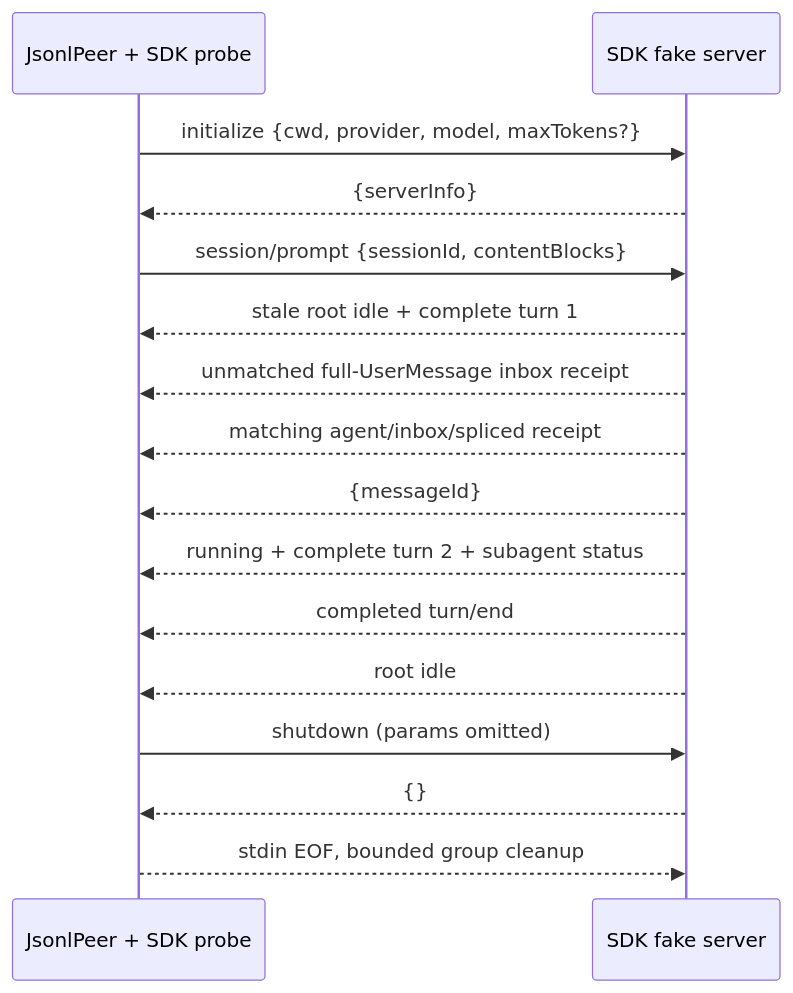
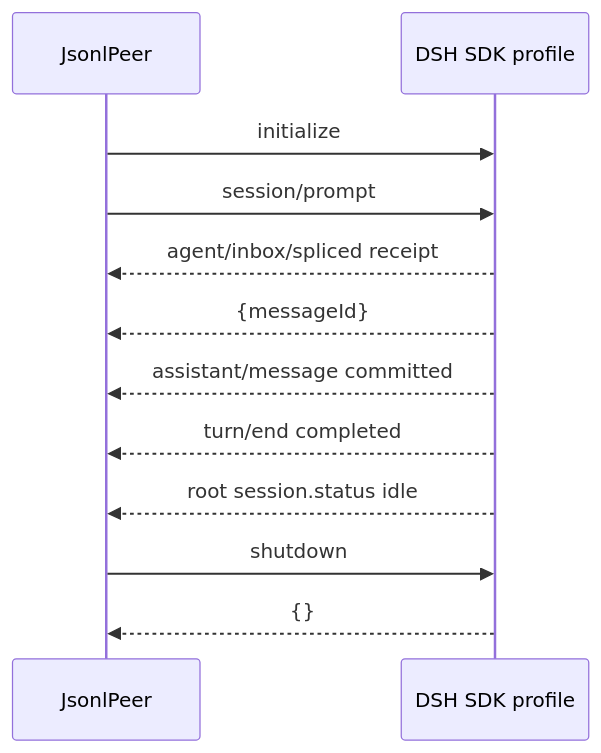
The diagram in labs/protocol-semantics/README.md (eriklee1895/hands-on-dsh), drawn with Mermaid before and after one commit. The commit also changed other lines of this file and 48 other files, not shown here.

````diff
--- a/labs/protocol-semantics/README.md
+++ b/labs/protocol-semantics/README.md
@@ -81,18 +42,14 @@
 ```mermaid
 sequenceDiagram
-    participant C as JsonlPeer + SDK probe
-    participant S as SDK fake server
-    C->>S: initialize {cwd, provider, model, maxTokens?}
-    S-->>C: {serverInfo}
-    C->>S: session/prompt {sessionId, contentBlocks}
-    S-->>C: stale root idle + complete turn 1
-    S-->>C: unmatched full-UserMessage inbox receipt
-    S-->>C: matching agent/inbox/spliced receipt
+    participant C as JsonlPeer
+    participant S as DSH SDK profile
+    C->>S: initialize
+    C->>S: session/prompt
+    S-->>C: agent/inbox/spliced receipt
     S-->>C: {messageId}
-    S-->>C: running + complete turn 2 + subagent status
-    S-->>C: completed turn/end
-    S-->>C: root idle
-    C->>S: shutdown (params omitted)
+    S-->>C: assistant/message committed
+    S-->>C: turn/end completed
+    S-->>C: root session.status idle
+    C->>S: shutdown
     S-->>C: {}
-    C-->>S: stdin EOF, bounded group cleanup
 ```
````
